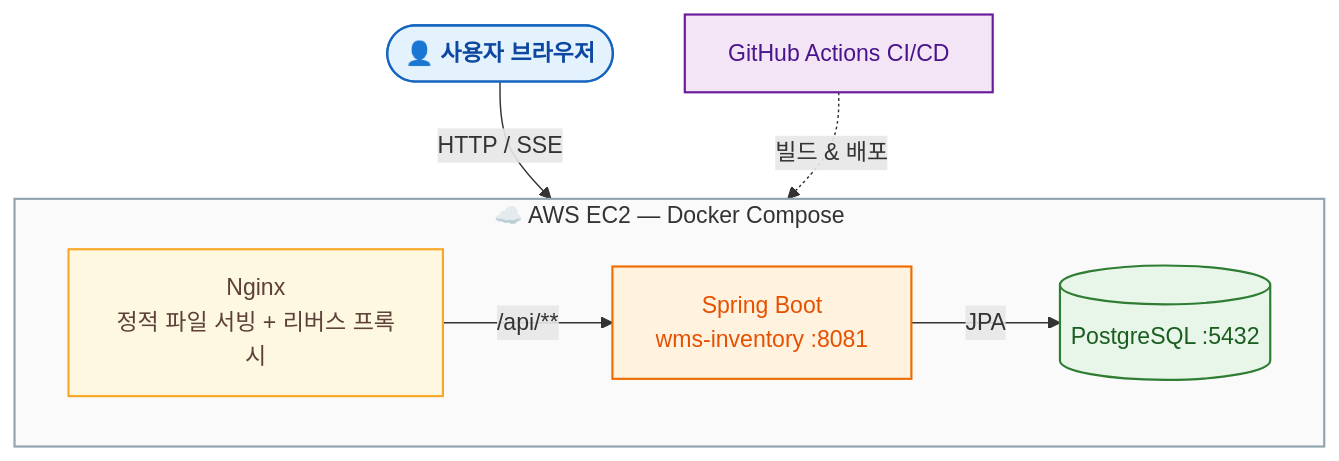
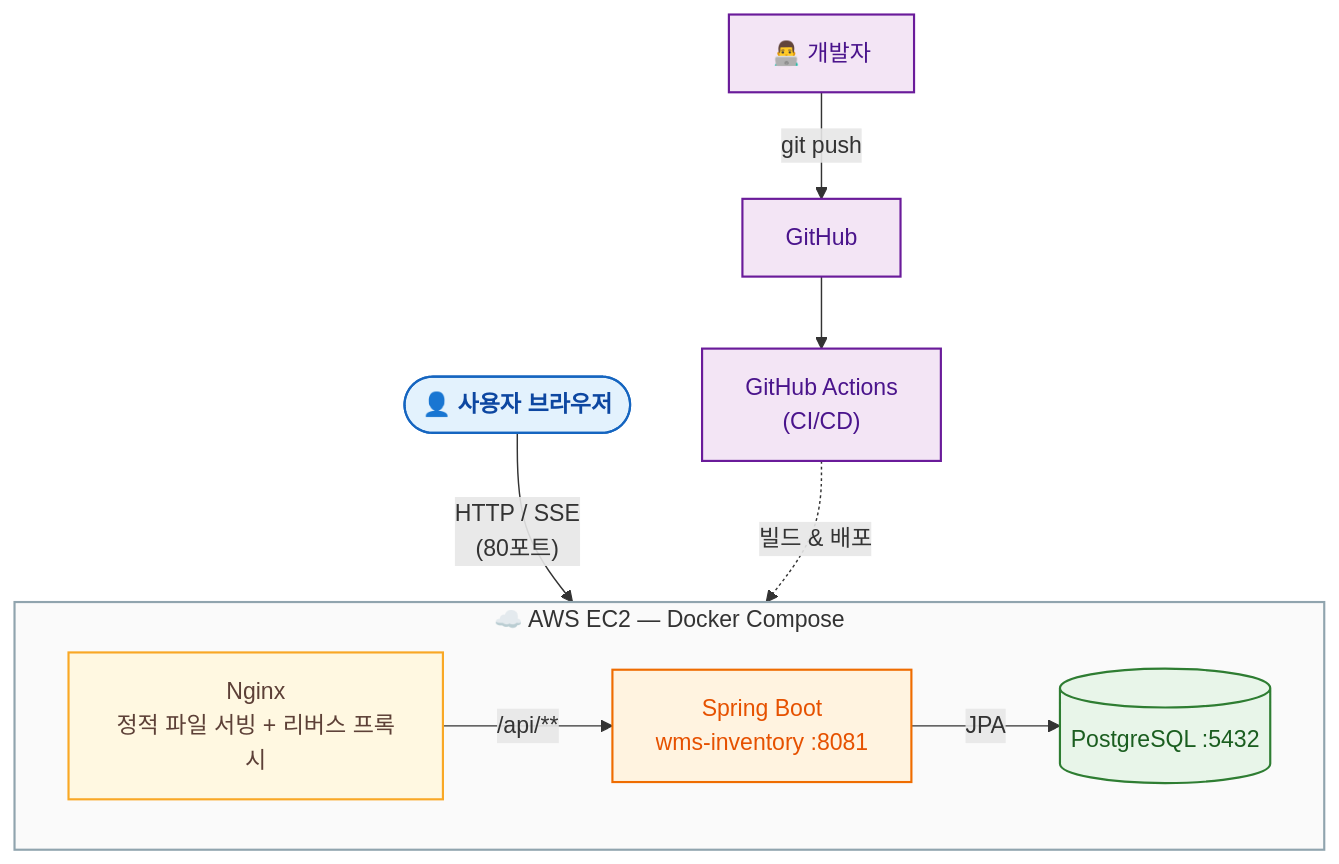
Before and after one commit to Sweetpot4t0/wms-msa-project: the first of 2 diagrams in README.md, drawn with Mermaid. The commit also changed other lines of this file, not shown here.

Commit message:
인프라 다이어그램 통합 및 중복 이미지 제거
기존 손그림 PNG(80포트, CI/CD 파이프라인 정보)를 배포 아키텍처
Mermaid 다이어그램에 합치고, Deployment 섹션의 중복 이미지를 제거.

````diff
--- a/README.md
+++ b/README.md
@@ -10,31 +10,34 @@
 ```mermaid
 graph TB
     User(["👤 사용자 브라우저"])
 
     subgraph EC2["☁️ AWS EC2 — Docker Compose"]
         direction LR
         Nginx["Nginx<br/>정적 파일 서빙 + 리버스 프록시"]
         Backend["Spring Boot<br/>wms-inventory :8081"]
         DB[("PostgreSQL :5432")]
         Nginx -->|"/api/**"| Backend
         Backend -->|JPA| DB
     end
 
-    CI["GitHub Actions CI/CD"]
+    Dev["👨‍💻 개발자"]
+    GH["GitHub"]
+    GHA["GitHub Actions<br/>(CI/CD)"]
 
-    User -->|"HTTP / SSE"| Nginx
-    CI -.->|"빌드 & 배포"| EC2
+    User -->|"HTTP / SSE<br/>(80포트)"| Nginx
+    Dev -->|"git push"| GH --> GHA
+    GHA -.->|"빌드 & 배포"| EC2
 
     classDef client fill:#E3F2FD,stroke:#1565C0,stroke-width:1.5px,color:#0D47A1,font-weight:bold;
     classDef web fill:#FFF8E1,stroke:#F9A825,stroke-width:1.5px,color:#5D4037;
     classDef server fill:#FFF3E0,stroke:#EF6C00,stroke-width:1.5px,color:#E65100;
     classDef storage fill:#E8F5E9,stroke:#2E7D32,stroke-width:1.5px,color:#1B5E20;
     classDef ci fill:#F3E5F5,stroke:#6A1B9A,stroke-width:1.5px,color:#4A148C;
 
     class User client
     class Nginx web
     class Backend server
     class DB storage
-    class CI ci
+    class Dev,GH,GHA ci
     style EC2 fill:#FAFAFA,stroke:#90A4AE,stroke-width:1.5px
 ```
````
